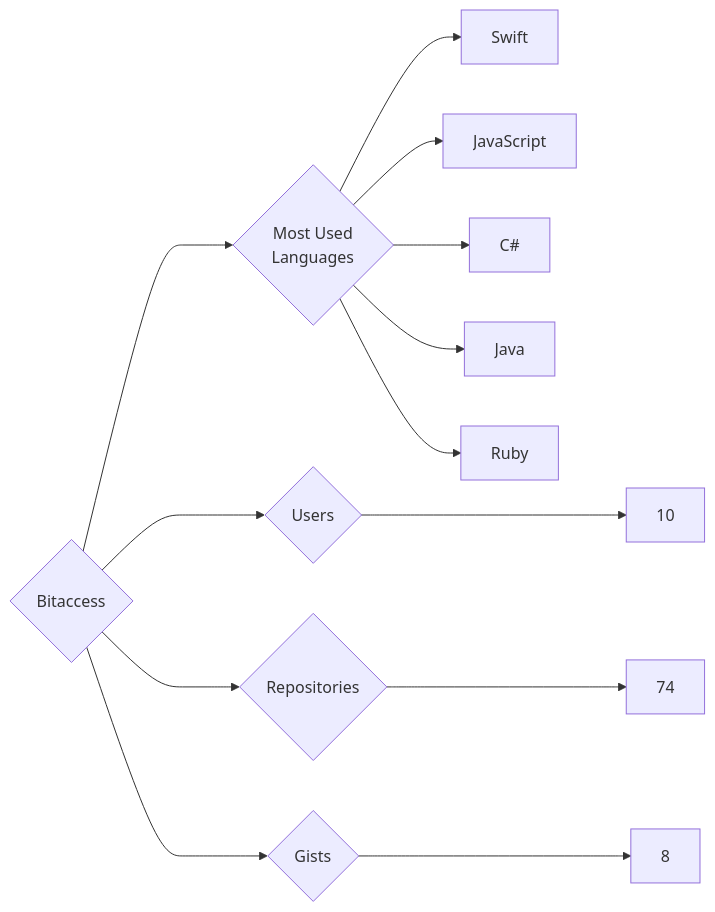
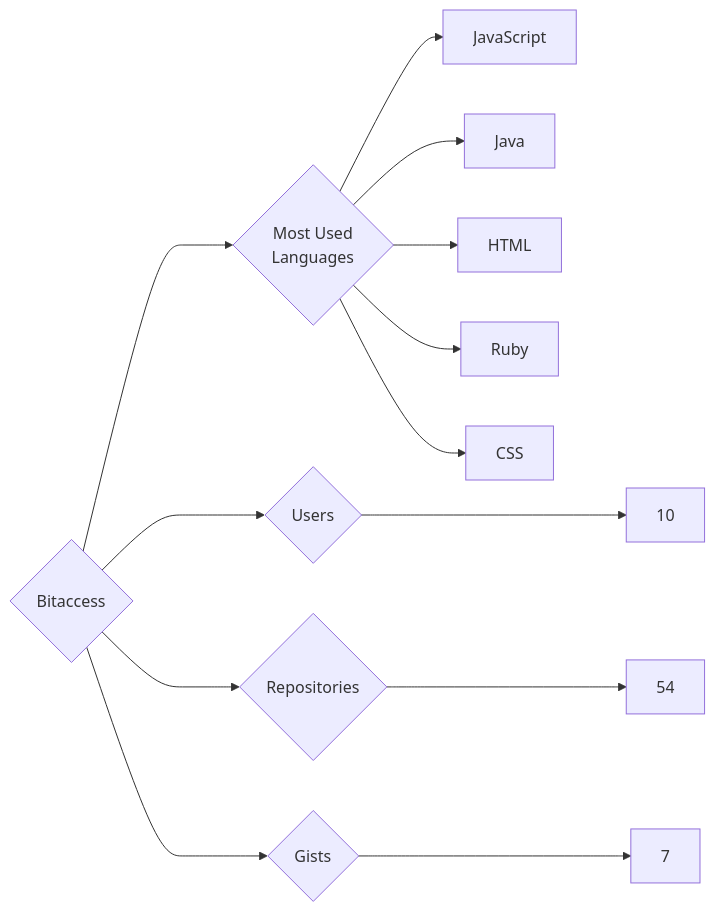
Before and after one commit to trickest/insiders: the diagram in targets/Bitaccess/README.md, drawn with Mermaid. The commit also changed 718 other files, not shown here.

````diff
--- a/targets/Bitaccess/README.md
+++ b/targets/Bitaccess/README.md
@@ -3,13 +3,13 @@
 ```mermaid
 graph LR
 COMPANY_NAME{Bitaccess}
 COMPANY_NAME ---> U{Users} ---> UN[10]
-COMPANY_NAME ---> R{Repositories} ---> RN[74]
-COMPANY_NAME ---> G{Gists} ---> GN[8]
+COMPANY_NAME ---> R{Repositories} ---> RN[54]
+COMPANY_NAME ---> G{Gists} ---> GN[7]
 COMPANY_NAME ---> ML{Most Used<br>Languages}
-ML --> Swift[Swift]
 ML --> JavaScript[JavaScript]
-ML --> C#[C#]
 ML --> Java[Java]
+ML --> HTML[HTML]
 ML --> Ruby[Ruby]
+ML --> CSS[CSS]
 ```
````
